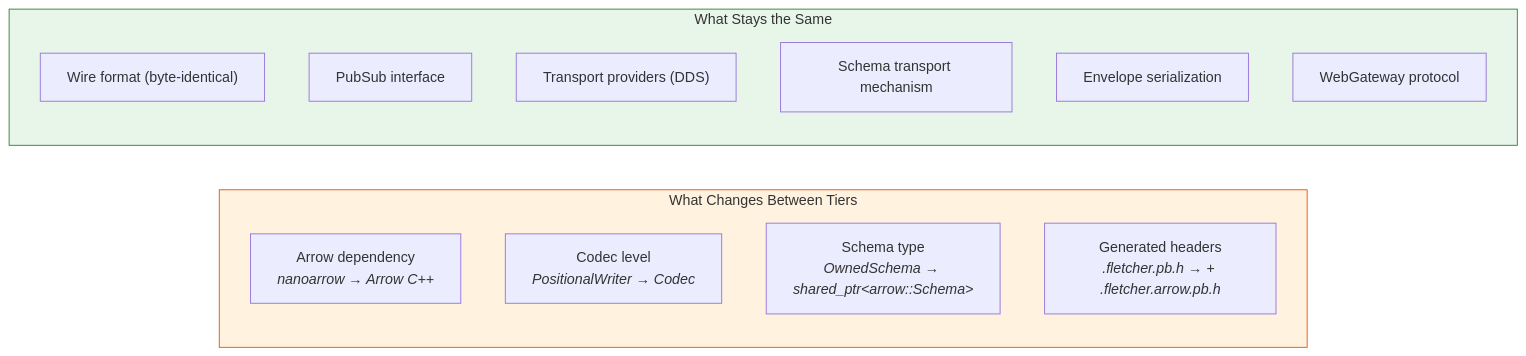
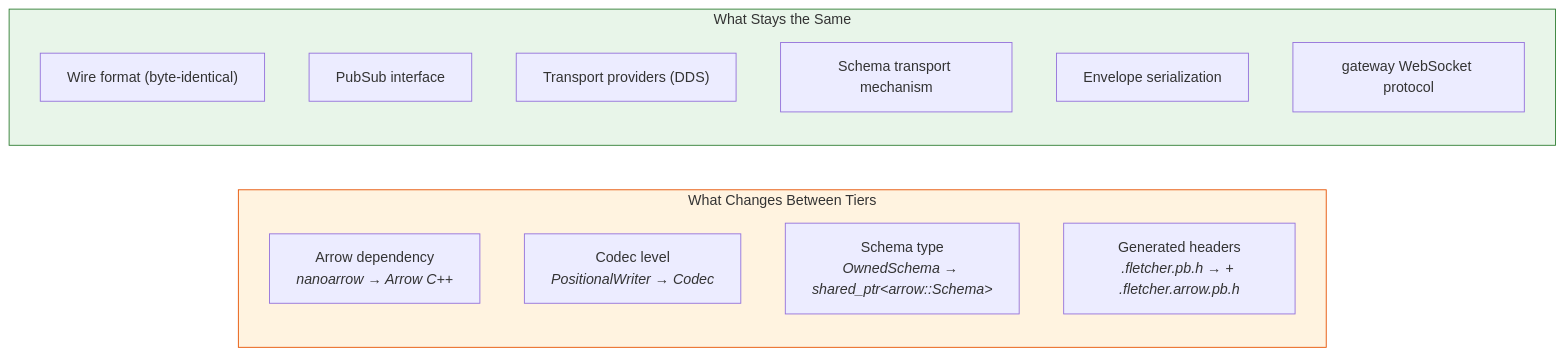
The fourth of 5 diagrams in docs/component-diagram.md (eivacom/Fletcher), drawn with Mermaid before and after one commit. The commit also changed other lines of this file and 5 other files, not shown here.

````diff
--- a/docs/component-diagram.md
+++ b/docs/component-diagram.md
@@ -156,23 +156,23 @@
 ```mermaid
 graph LR
     subgraph config ["What Changes Between Tiers"]
         direction TB
         C1["Arrow dependency<br/><i>nanoarrow → Arrow C++</i>"]
         C2["Codec level<br/><i>PositionalWriter → Codec</i>"]
         C3["Schema type<br/><i>OwnedSchema → shared_ptr&lt;arrow::Schema&gt;</i>"]
         C4["Generated headers<br/><i>.fletcher.pb.h → + .fletcher.arrow.pb.h</i>"]
     end
 
     subgraph invariant ["What Stays the Same"]
         direction TB
         I1["Wire format (byte-identical)"]
         I2["PubSub interface"]
         I3["Transport providers (DDS)"]
         I4["Schema transport mechanism"]
         I5["Envelope serialization"]
-        I6["WebGateway protocol"]
+        I6["gateway WebSocket protocol"]
     end
 
     style config fill:#fff3e0,stroke:#e65100
     style invariant fill:#e8f5e9,stroke:#2e7d32
 ```
````
